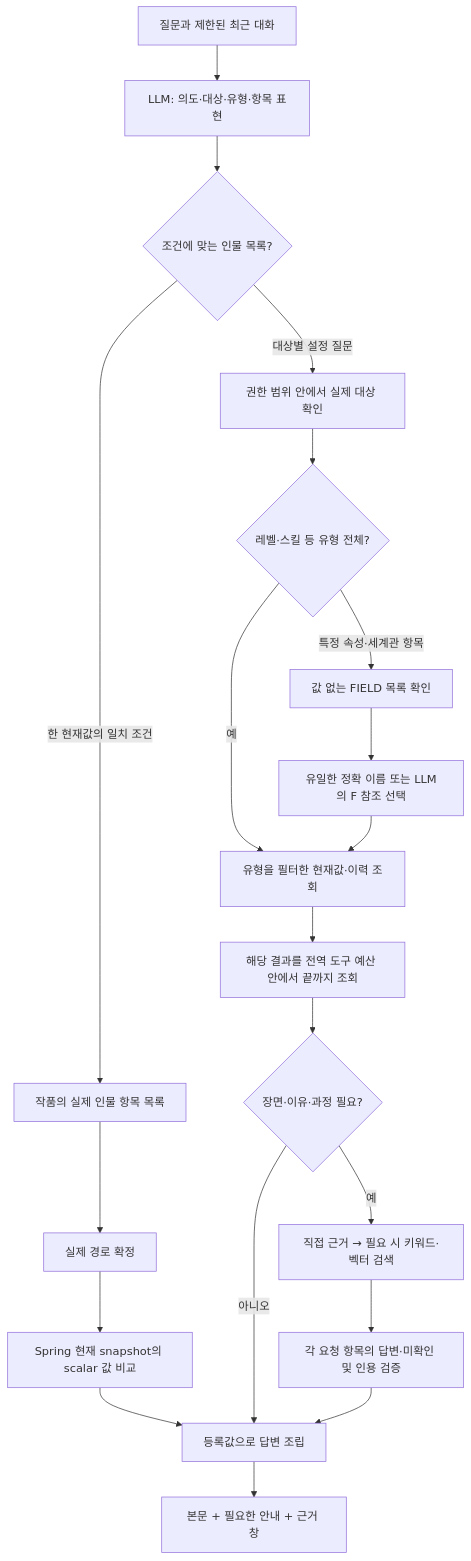
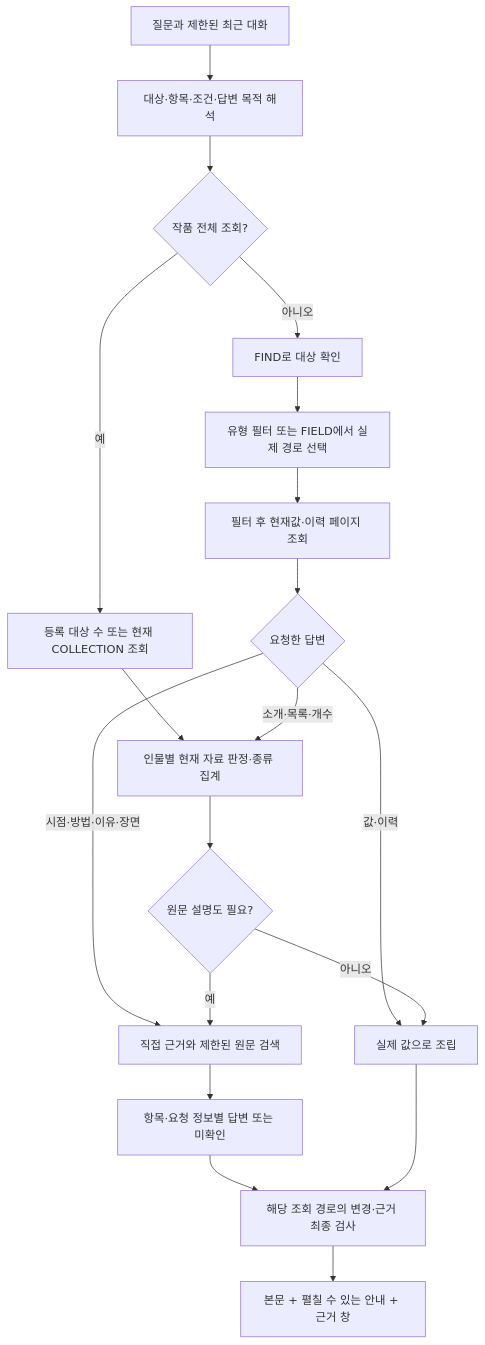
The diagram in docs/chat-query-quality-v1.md (catchhole-soma/catchhole-backend-ai), drawn with Mermaid before and after one commit. The commit also changed other lines of this file and 6 other files, not shown here.

````diff
--- a/docs/chat-query-quality-v1.md
+++ b/docs/chat-query-quality-v1.md
@@ -11,22 +11,21 @@
 ```mermaid
 flowchart TD
-    Q[질문과 제한된 최근 대화] --> P[LLM: 의도·대상·유형·항목 표현]
-    P --> C{조건에 맞는 인물 목록?}
-    C -->|한 현재값의 일치 조건| W[작품의 실제 인물 항목 목록]
-    W --> F[실제 경로 확정]
-    F --> L[Spring 현재 snapshot의 scalar 값 비교]
-    C -->|대상별 설정 질문| N[권한 범위 안에서 실제 대상 확인]
-    N --> T{레벨·스킬 등 유형 전체?}
-    T -->|예| D[유형을 필터한 현재값·이력 조회]
-    T -->|특정 속성·세계관 항목| M[값 없는 FIELD 목록 확인]
-    M --> R[유일한 정확 이름 또는 LLM의 F 참조 선택]
-    R --> D
-    D --> A[해당 결과를 전역 도구 예산 안에서 끝까지 조회]
-    L --> B[등록값으로 답변 조립]
-    A --> S{장면·이유·과정 필요?}
-    S -->|아니오| B
-    S -->|예| E[직접 근거 → 필요 시 키워드·벡터 검색]
-    E --> V[각 요청 항목의 답변·미확인 및 인용 검증]
-    V --> B
-    B --> UI[본문 + 필요한 안내 + 근거 창]
+    Q[질문과 제한된 최근 대화] --> P[대상·항목·조건·답변 목적 해석]
+    P --> W{작품 전체 조회?}
+    W -->|예| C[등록 대상 수 또는 현재 COLLECTION 조회]
+    W -->|아니오| N[FIND로 대상 확인]
+    N --> F[유형 필터 또는 FIELD에서 실제 경로 선택]
+    F --> R[필터 후 현재값·이력 페이지 조회]
+    C --> J[인물별 현재 자료 판정·종류 집계]
+    R --> S{요청한 답변}
+    S -->|값·이력| V[실제 값으로 조립]
+    S -->|소개·목록·개수| J
+    S -->|시점·방법·이유·장면| E[직접 근거와 제한된 원문 검색]
+    J --> B{원문 설명도 필요?}
+    B -->|아니오| V
+    B -->|예| E
+    E --> A[항목·요청 정보별 답변 또는 미확인]
+    A --> G[해당 조회 경로의 변경·근거 최종 검사]
+    V --> G
+    G --> UI[본문 + 펼칠 수 있는 안내 + 근거 창]
 ```
````
